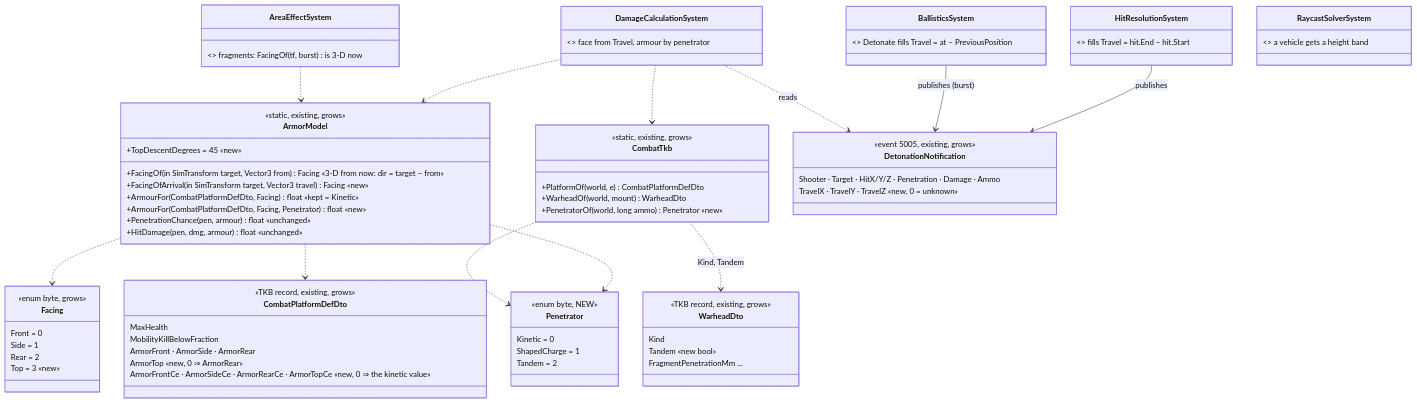
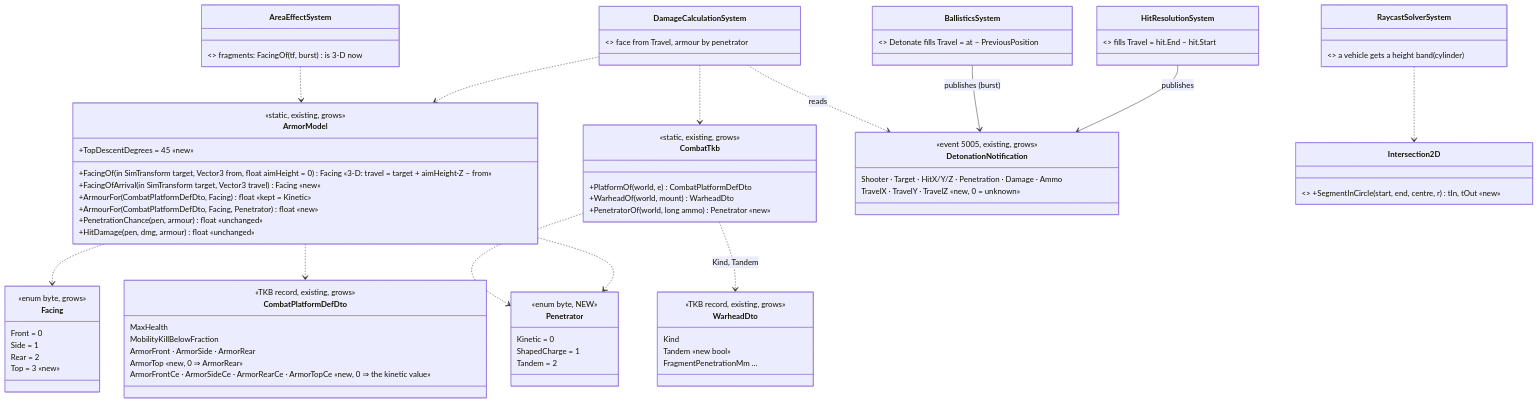
Before and after one commit to pjanec/HROT: the first of 4 diagrams in docs/designs/vehicle-tactics/DESIGN_Armour_Hit_Model.md, drawn with Mermaid. The commit also changed other lines of this file and 24 other files, not shown here.

````diff
--- a/docs/designs/vehicle-tactics/DESIGN_Armour_Hit_Model.md
+++ b/docs/designs/vehicle-tactics/DESIGN_Armour_Hit_Model.md
@@ -56,67 +56,69 @@
 ```mermaid
 classDiagram
   class Facing {
     <<enum byte, grows>>
     Front = 0
     Side = 1
     Rear = 2
     Top = 3  «new»
   }
   class Penetrator {
     <<enum byte, NEW>>
     Kinetic = 0
     ShapedCharge = 1
     Tandem = 2
   }
   class ArmorModel {
     <<static, existing, grows>>
     +TopDescentDegrees = 45 «new»
-    +FacingOf(in SimTransform target, Vector3 from) Facing  «3-D from now: dir = target − from»
+    +FacingOf(in SimTransform target, Vector3 from, float aimHeight = 0) Facing  «3-D: travel = target + aimHeight·Z − from»
     +FacingOfArrival(in SimTransform target, Vector3 travel) Facing  «new»
     +ArmourFor(CombatPlatformDefDto, Facing) float  «kept = Kinetic»
     +ArmourFor(CombatPlatformDefDto, Facing, Penetrator) float  «new»
     +PenetrationChance(pen, armour) float  «unchanged»
     +HitDamage(pen, dmg, armour) float  «unchanged»
   }
   class CombatTkb {
     <<static, existing, grows>>
     +PlatformOf(world, e) CombatPlatformDefDto
     +WarheadOf(world, mount) WarheadDto
     +PenetratorOf(world, long ammo) Penetrator  «new»
   }
   class CombatPlatformDefDto {
     <<TKB record, existing, grows>>
     MaxHealth
     MobilityKillBelowFraction
     ArmorFront · ArmorSide · ArmorRear
     ArmorTop  «new, 0 ⇒ ArmorRear»
     ArmorFrontCe · ArmorSideCe · ArmorRearCe · ArmorTopCe  «new, 0 ⇒ the kinetic value»
   }
   class WarheadDto {
     <<TKB record, existing, grows>>
     Kind
     Tandem  «new bool»
     FragmentPenetrationMm …
   }
   class DetonationNotification {
     <<event 5005, existing, grows>>
     Shooter · Target · HitX/Y/Z · Penetration · Damage · Ammo
     TravelX · TravelY · TravelZ  «new, 0 = unknown»
   }
   class HitResolutionSystem { <<existing>> fills Travel = hit.End − hit.Start }
   class BallisticsSystem { <<existing>> Detonate fills Travel = at − PreviousPosition }
   class DamageCalculationSystem { <<existing>> face from Travel, armour by penetrator }
   class AreaEffectSystem { <<existing>> fragments: FacingOf(tf, burst) is 3-D now }
-  class RaycastSolverSystem { <<existing>> a vehicle gets a height band }
+  class RaycastSolverSystem { <<existing>> a vehicle gets a height band (cylinder) }
+  class Intersection2D { <<static, existing, grows>> +SegmentInCircle(start, end, centre, r) tIn, tOut «new» }
+  RaycastSolverSystem ..> Intersection2D
   ArmorModel ..> Facing
   ArmorModel ..> Penetrator
   ArmorModel ..> CombatPlatformDefDto
   CombatTkb ..> WarheadDto : Kind, Tandem
   CombatTkb ..> Penetrator
   HitResolutionSystem --> DetonationNotification : publishes
   BallisticsSystem --> DetonationNotification : publishes (burst)
   DamageCalculationSystem ..> DetonationNotification : reads
   DamageCalculationSystem ..> ArmorModel
   DamageCalculationSystem ..> CombatTkb
   AreaEffectSystem ..> ArmorModel
 ```
````
